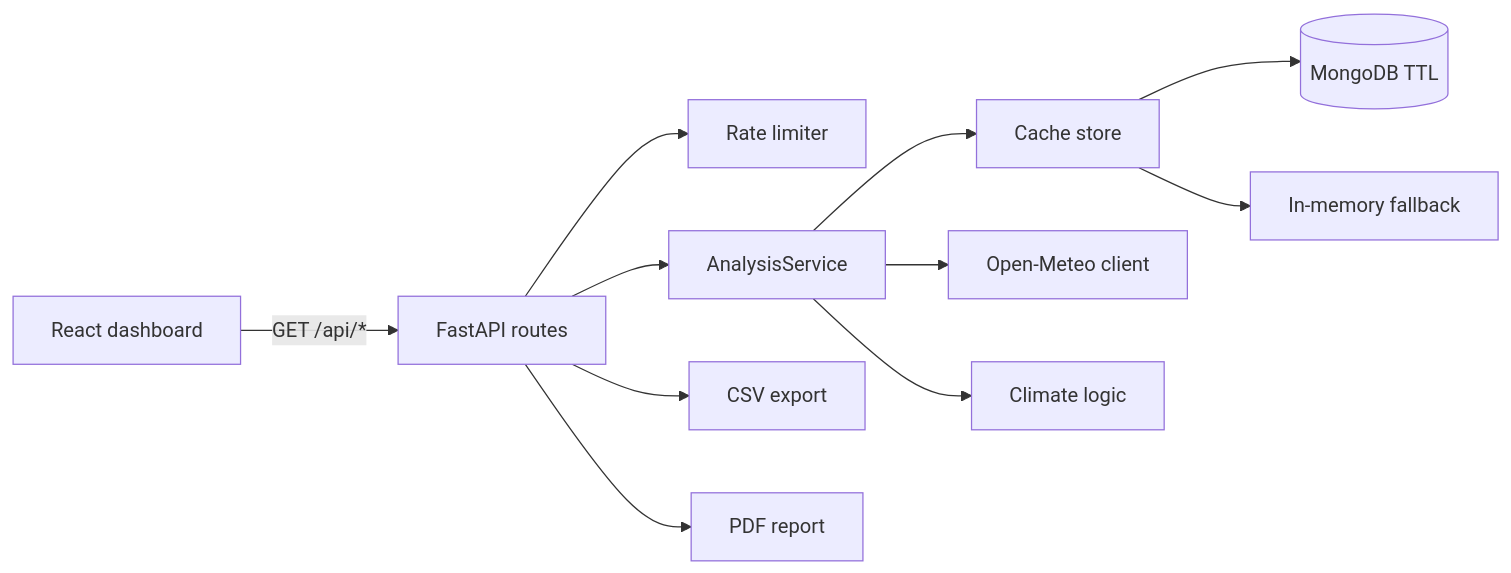
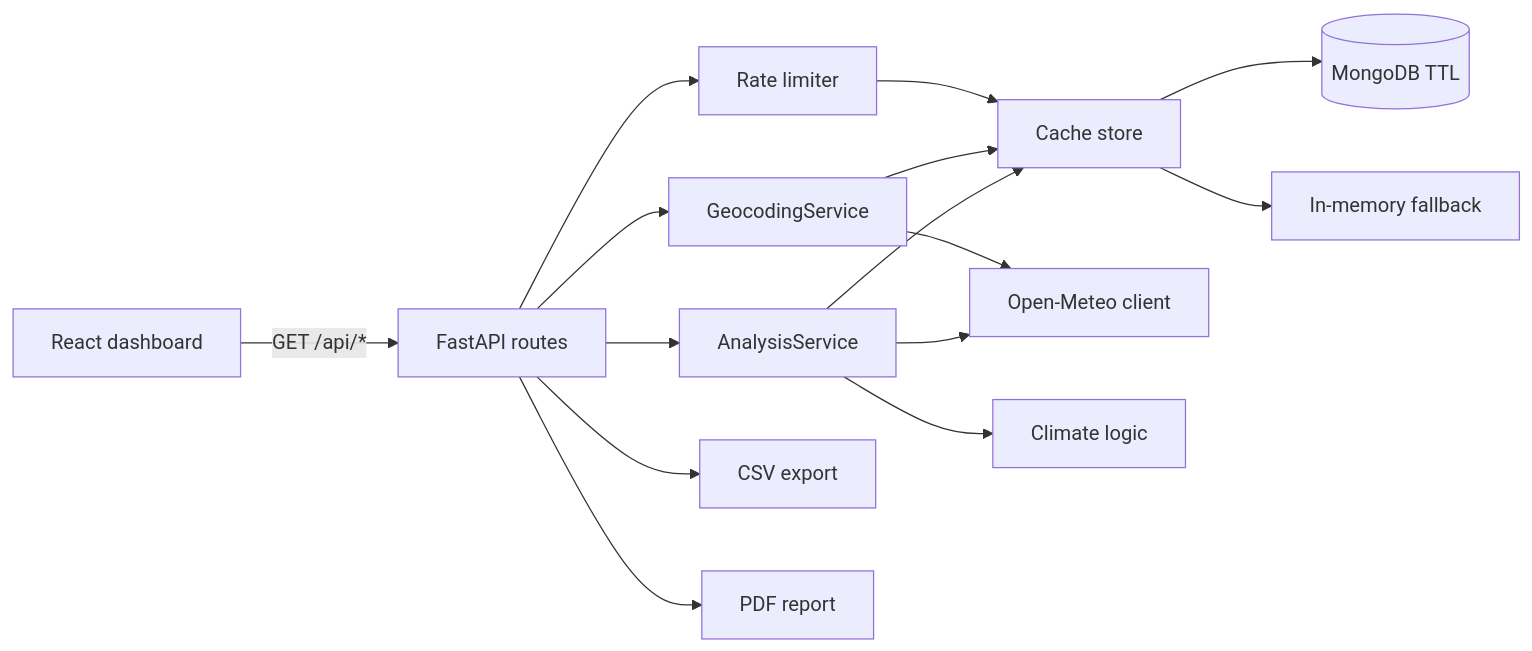
One commit to Karuturinoushikajay/climate-lens changed the diagram in README.md. Above: the diagram before and after it, drawn with Mermaid. The commit also changed other lines of this file and 27 other files, not shown here.

````diff
--- a/README.md
+++ b/README.md
@@ -73,13 +245,17 @@
 ```mermaid
 flowchart LR
   UI[React dashboard] -->|"GET /api/*"| API[FastAPI routes]
   API --> RL[Rate limiter]
   API --> SVC[AnalysisService]
+  API --> GEO[GeocodingService]
   SVC --> CACHE[Cache store]
+  GEO --> CACHE
+  RL --> CACHE
   CACHE --> MONGO[(MongoDB TTL)]
   CACHE --> MEM[In-memory fallback]
   SVC --> WX[Open-Meteo client]
+  GEO --> WX
   SVC --> CLIM[Climate logic]
   API --> CSV[CSV export]
   API --> PDF[PDF report]
 ```
````
